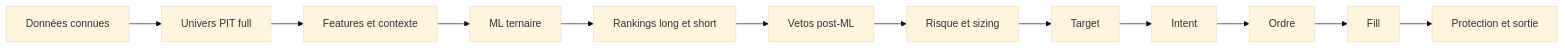
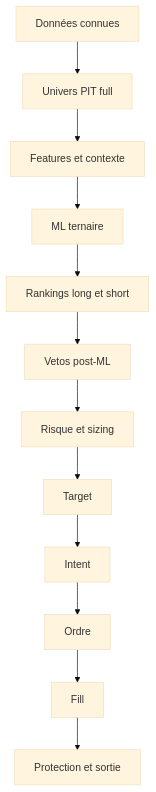
One commit to mli2000fr/alpha_trade changed the first of 4 diagrams in doc/synthese_long_short.md. Above: the diagram before and after it, drawn with Mermaid (base theme). The commit also changed 3 other files, not shown here.

````diff
--- a/doc/synthese_long_short.md
+++ b/doc/synthese_long_short.md
@@ -108,14 +108,14 @@
 ```mermaid
-flowchart LR
+flowchart TD
     D[Données connues] --> U[Univers PIT full]
     U --> F[Features et contexte]
     F --> M[ML ternaire]
     M --> R[Rankings long et short]
     R --> V[Vetos post-ML]
     V --> K[Risque et sizing]
     K --> T[Target]
     T --> I[Intent]
     I --> O[Ordre]
     O --> X[Fill]
     X --> P[Protection et sortie]
 ```
````
